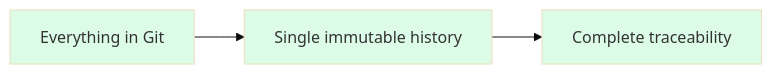
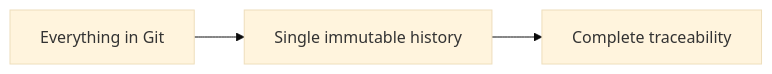
One commit to ready-to-release/eac changed the second of 6 diagrams in docs/explanation/everything-as-code/paradigm.md. Above: the diagram before and after it, drawn with Mermaid (base theme). The commit also changed other lines of this file and 28 other files, not shown here.

````diff
--- a/docs/explanation/everything-as-code/paradigm.md
+++ b/docs/explanation/everything-as-code/paradigm.md
@@ -60,7 +54,4 @@
 ```mermaid
 flowchart LR
     A[Everything in Git] --> B[Single immutable history] --> C[Complete traceability]
-    style A fill:#dcfce7
-    style B fill:#dcfce7
-    style C fill:#dcfce7
 ```
````
